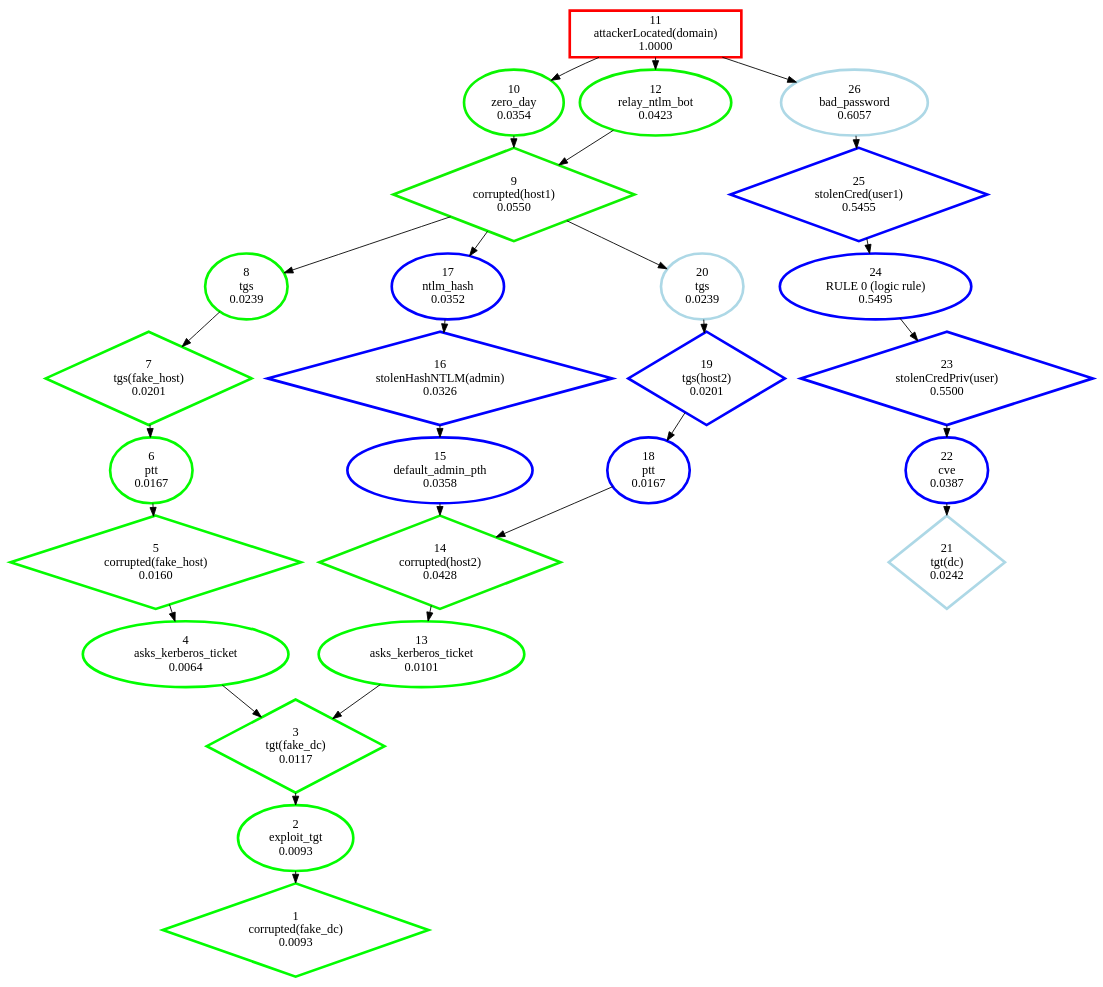
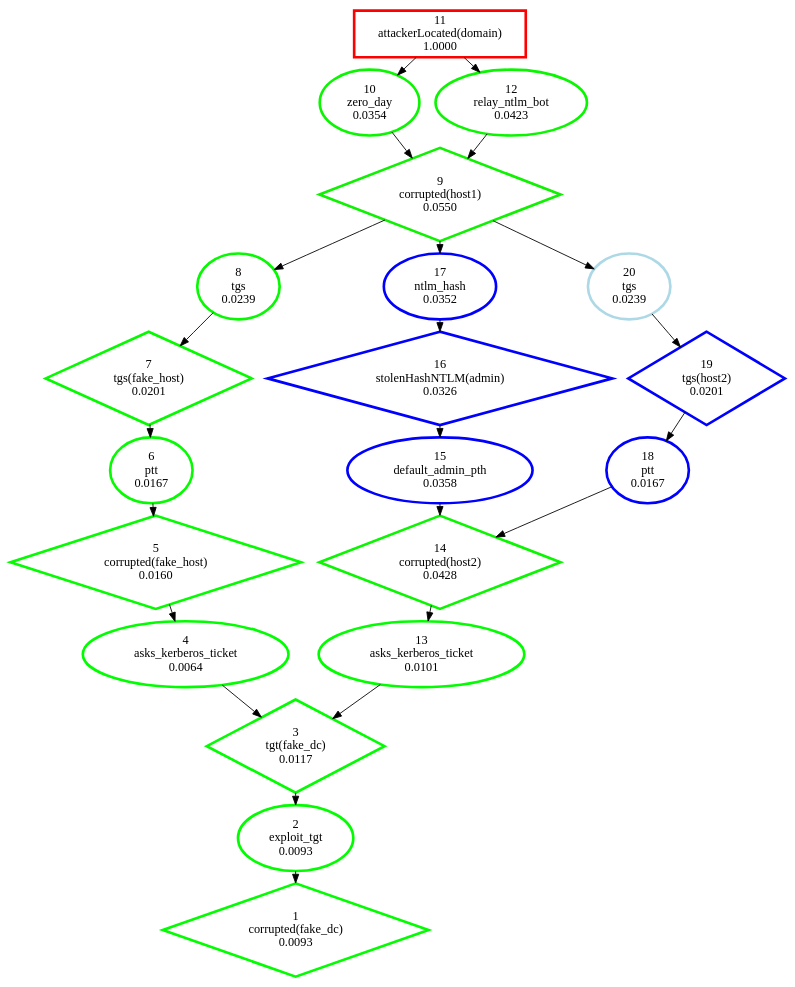
Before and after one commit to NathanaeldeLaChesnais/attacker_profiling_for_BAG_with_honeypots: the diagram in Personnal_simulations/output_Big/strongly_connected_components/classic_11.dot, drawn with Graphviz. The commit also changed 1 other file, not shown here.

```diff
--- a/Personnal_simulations/output_Big/strongly_connected_components/classic_11.dot
+++ b/Personnal_simulations/output_Big/strongly_connected_components/classic_11.dot
@@ -1,57 +1,45 @@
 digraph G {
 ranksep=0.2;
   "1" [label="1\ncorrupted(fake_dc)\n0.0093", color="#02FD00", penwidth=3, shape="diamond"];
   "2" [label="2\nexploit_tgt\n0.0093", color="#02FD00", penwidth=3, shape="ellipse"];
   "3" [label="3\ntgt(fake_dc)\n0.0117", color="#02FD00", penwidth=3, shape="diamond"];
   "4" [label="4\nasks_kerberos_ticket\n0.0064", color="#01FE00", penwidth=3, shape="ellipse"];
   "5" [label="5\ncorrupted(fake_host)\n0.0160", color="#04FB00", penwidth=3, shape="diamond"];
   "6" [label="6\nptt\n0.0167", color="#04FB00", penwidth=3, shape="ellipse"];
   "7" [label="7\ntgs(fake_host)\n0.0201", color="#05FA00", penwidth=3, shape="diamond"];
   "8" [label="8\ntgs\n0.0239", color="#06F900", penwidth=3, shape="ellipse"];
   "9" [label="9\ncorrupted(host1)\n0.0550", color="#0EF100", penwidth=3, shape="diamond"];
   "10" [label="10\nzero_day\n0.0354", color="#09F600", penwidth=3, shape="ellipse"];
   "11" [label="11\nattackerLocated(domain)\n1.0000", color="#FF0000", penwidth=3, shape="box"];
   "12" [label="12\nrelay_ntlm_bot\n0.0423", color="#0AF500", penwidth=3, shape="ellipse"];
   "13" [label="13\nasks_kerberos_ticket\n0.0101", color="#02FD00", penwidth=3, shape="ellipse"];
   "14" [label="14\ncorrupted(host2)\n0.0428", color="#0AF500", penwidth=3, shape="diamond"];
   "15" [label="15\ndefault_admin_pth\n0.0358", color="blue", penwidth=3, shape="ellipse"];
   "16" [label="16\nstolenHashNTLM(admin)\n0.0326", color="blue", penwidth=3, shape="diamond"];
   "17" [label="17\nntlm_hash\n0.0352", color="blue", penwidth=3, shape="ellipse"];
   "18" [label="18\nptt\n0.0167", color="blue", penwidth=3, shape="ellipse"];
   "19" [label="19\ntgs(host2)\n0.0201", color="blue", penwidth=3, shape="diamond"];
   "20" [label="20\ntgs\n0.0239", color="lightblue", penwidth=3, shape="ellipse"];
-  "21" [label="21\ntgt(dc)\n0.0242", color="lightblue", penwidth=3, shape="diamond"];
-  "22" [label="22\ncve\n0.0387", color="blue", penwidth=3, shape="ellipse"];
-  "23" [label="23\nstolenCredPriv(user)\n0.5500", color="blue", penwidth=3, shape="diamond"];
-  "24" [label="24\nRULE 0 (logic rule)\n0.5495", color="blue", penwidth=3, shape="ellipse"];
-  "25" [label="25\nstolenCred(user1)\n0.5455", color="blue", penwidth=3, shape="diamond"];
-  "26" [label="26\nbad_password\n0.6057", color="lightblue", penwidth=3, shape="ellipse"];
   "11" -> "10";
   "11" -> "12";
-  "11" -> "26";
   "10" -> "9";
   "9" -> "8";
   "9" -> "17";
   "9" -> "20";
   "12" -> "9";
   "8" -> "7";
   "7" -> "6";
   "6" -> "5";
   "5" -> "4";
   "4" -> "3";
   "3" -> "2";
   "17" -> "16";
   "16" -> "15";
   "15" -> "14";
   "14" -> "13";
   "20" -> "19";
   "19" -> "18";
   "18" -> "14";
   "13" -> "3";
   "2" -> "1";
-  "26" -> "25";
-  "25" -> "24";
-  "24" -> "23";
-  "23" -> "22";
-  "22" -> "21";
 }
```
